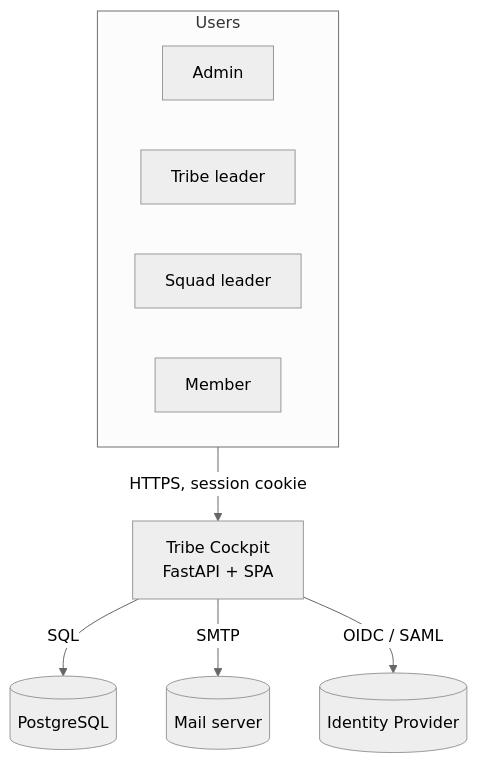
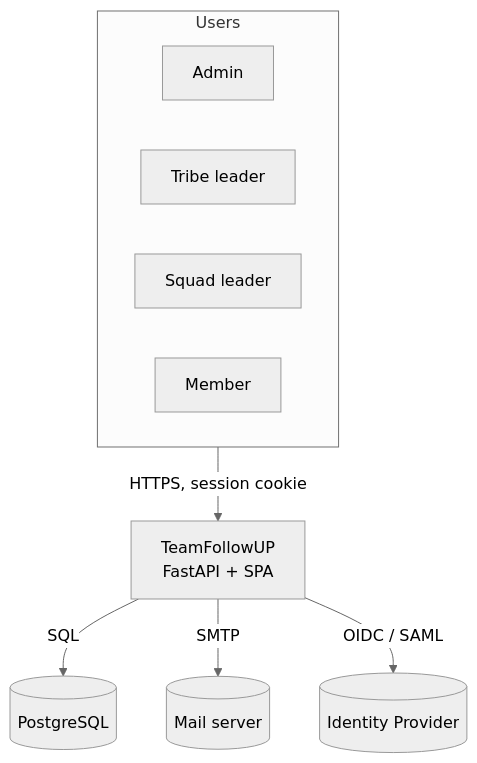
One commit to Mehdi-Zar/TeamFollowUP changed the first of 5 diagrams in docs/02-architecture.md. Above: the diagram before and after it, drawn with Mermaid (neutral theme). The commit also changed 42 other files, not shown here.

````diff
--- a/docs/02-architecture.md
+++ b/docs/02-architecture.md
@@ -17,13 +17,13 @@
 ```mermaid
 flowchart TB
   subgraph Users
     A[Admin]
     TL[Tribe leader]
     SL[Squad leader]
     M[Member]
   end
-  Users -->|HTTPS, session cookie| APP[Tribe Cockpit\nFastAPI + SPA]
+  Users -->|HTTPS, session cookie| APP[TeamFollowUP\nFastAPI + SPA]
   APP -->|SQL| DB[(PostgreSQL)]
   APP -->|SMTP| MAIL[(Mail server)]
   APP -->|OIDC / SAML| IDP[(Identity Provider)]
 ```
````
